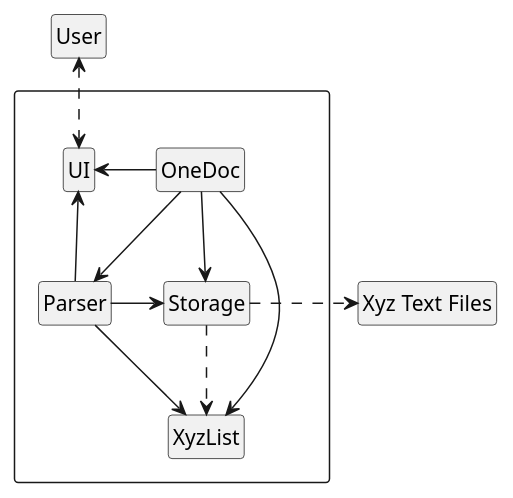
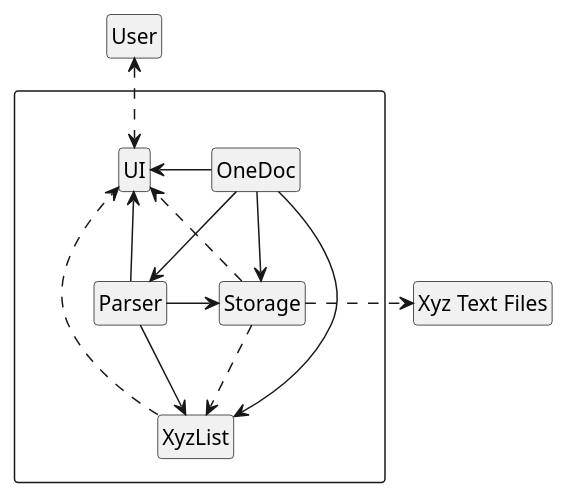
Before and after one commit to nus-cs2113-AY2223S1/tp: the diagram in docs/diagrams/ArchitectureDiagram.puml, drawn with PlantUML. The commit also changed 1 other file, not shown here.

Commit message:
Minor fix in architecture diagram

```diff
--- a/docs/diagrams/ArchitectureDiagram.puml
+++ b/docs/diagrams/ArchitectureDiagram.puml
@@ -1,31 +1,34 @@
 @startuml
 hide footbox
 hide members
 hide circle
 
 class User
 class "Xyz Text Files"
 
 package " "<<Rectangle>>{
     class UI
     class OneDoc
     class Storage
     class Parser
     class XyzList
 }
 
 OneDoc -left> UI
 OneDoc -down-> Parser
 OneDoc -> Storage
 OneDoc -> XyzList
 
 Parser -> Storage
 Parser -down-> XyzList
 Parser -> UI
 
 Storage ..> XyzList
 
 User <..> UI
 Storage ..right> "Xyz Text Files"
 
+XyzList ..> UI
+Storage ..> UI
+
 @enduml
```
